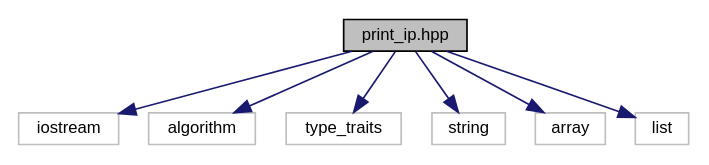
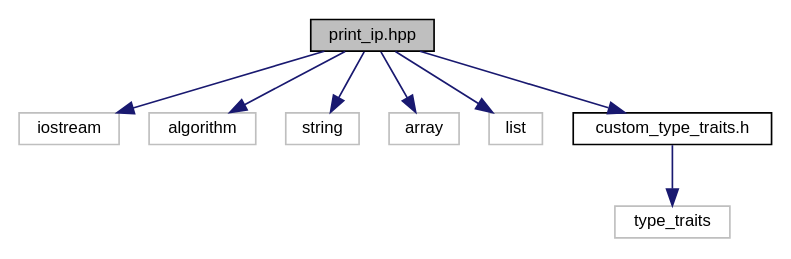
One commit to Rishat22/ConditionalIPAddressPrintingFunction changed the diagram in print__ip_8hpp__incl.dot. Above: the diagram before and after it, drawn with Graphviz. The commit also changed 45 other files, not shown here.

```diff
--- a/print__ip_8hpp__incl.dot
+++ b/print__ip_8hpp__incl.dot
@@ -1,19 +1,21 @@
 digraph "print_ip.hpp"
 {
  // LATEX_PDF_SIZE
   edge [fontname="Helvetica",fontsize="10",labelfontname="Helvetica",labelfontsize="10"];
   node [fontname="Helvetica",fontsize="10",shape=record];
   Node1 [label="print_ip.hpp",height=0.2,width=0.4,color="black", fillcolor="grey75", style="filled", fontcolor="black",tooltip=" "];
   Node1 -> Node2 [color="midnightblue",fontsize="10",style="solid",fontname="Helvetica"];
   Node2 [label="iostream",height=0.2,width=0.4,color="grey75", fillcolor="white", style="filled",tooltip=" "];
   Node1 -> Node3 [color="midnightblue",fontsize="10",style="solid",fontname="Helvetica"];
   Node3 [label="algorithm",height=0.2,width=0.4,color="grey75", fillcolor="white", style="filled",tooltip=" "];
   Node1 -> Node4 [color="midnightblue",fontsize="10",style="solid",fontname="Helvetica"];
-  Node4 [label="type_traits",height=0.2,width=0.4,color="grey75", fillcolor="white", style="filled",tooltip=" "];
+  Node4 [label="string",height=0.2,width=0.4,color="grey75", fillcolor="white", style="filled",tooltip=" "];
   Node1 -> Node5 [color="midnightblue",fontsize="10",style="solid",fontname="Helvetica"];
-  Node5 [label="string",height=0.2,width=0.4,color="grey75", fillcolor="white", style="filled",tooltip=" "];
+  Node5 [label="array",height=0.2,width=0.4,color="grey75", fillcolor="white", style="filled",tooltip=" "];
   Node1 -> Node6 [color="midnightblue",fontsize="10",style="solid",fontname="Helvetica"];
-  Node6 [label="array",height=0.2,width=0.4,color="grey75", fillcolor="white", style="filled",tooltip=" "];
+  Node6 [label="list",height=0.2,width=0.4,color="grey75", fillcolor="white", style="filled",tooltip=" "];
   Node1 -> Node7 [color="midnightblue",fontsize="10",style="solid",fontname="Helvetica"];
-  Node7 [label="list",height=0.2,width=0.4,color="grey75", fillcolor="white", style="filled",tooltip=" "];
+  Node7 [label="custom_type_traits.h",height=0.2,width=0.4,color="black", fillcolor="white", style="filled",URL="$custom__type__traits_8h.html",tooltip=" "];
+  Node7 -> Node8 [color="midnightblue",fontsize="10",style="solid",fontname="Helvetica"];
+  Node8 [label="type_traits",height=0.2,width=0.4,color="grey75", fillcolor="white", style="filled",tooltip=" "];
 }
```
